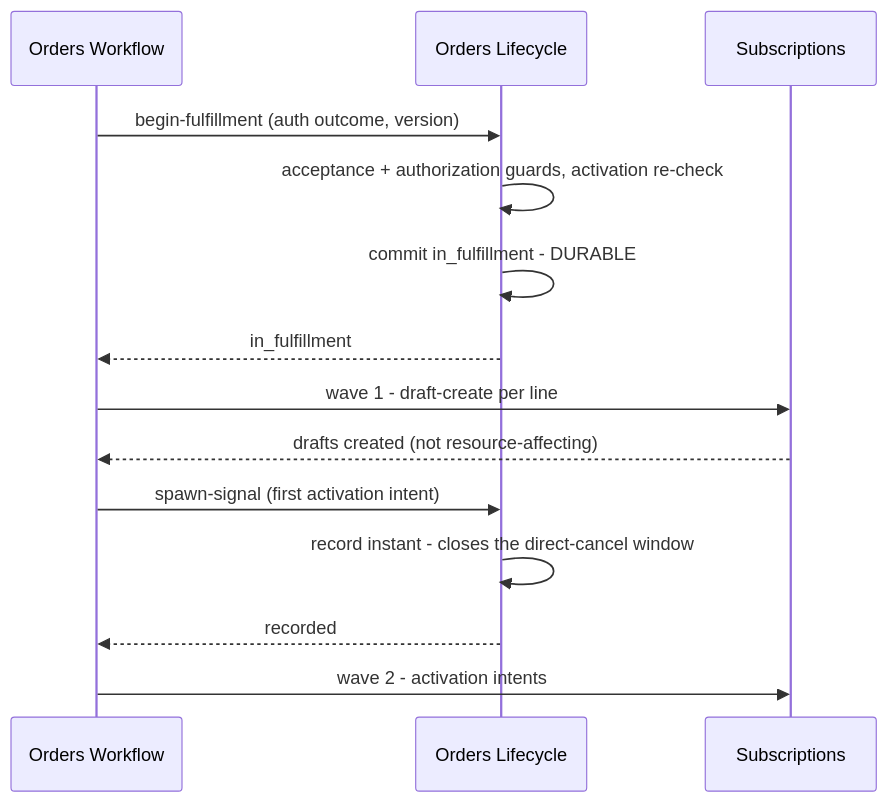
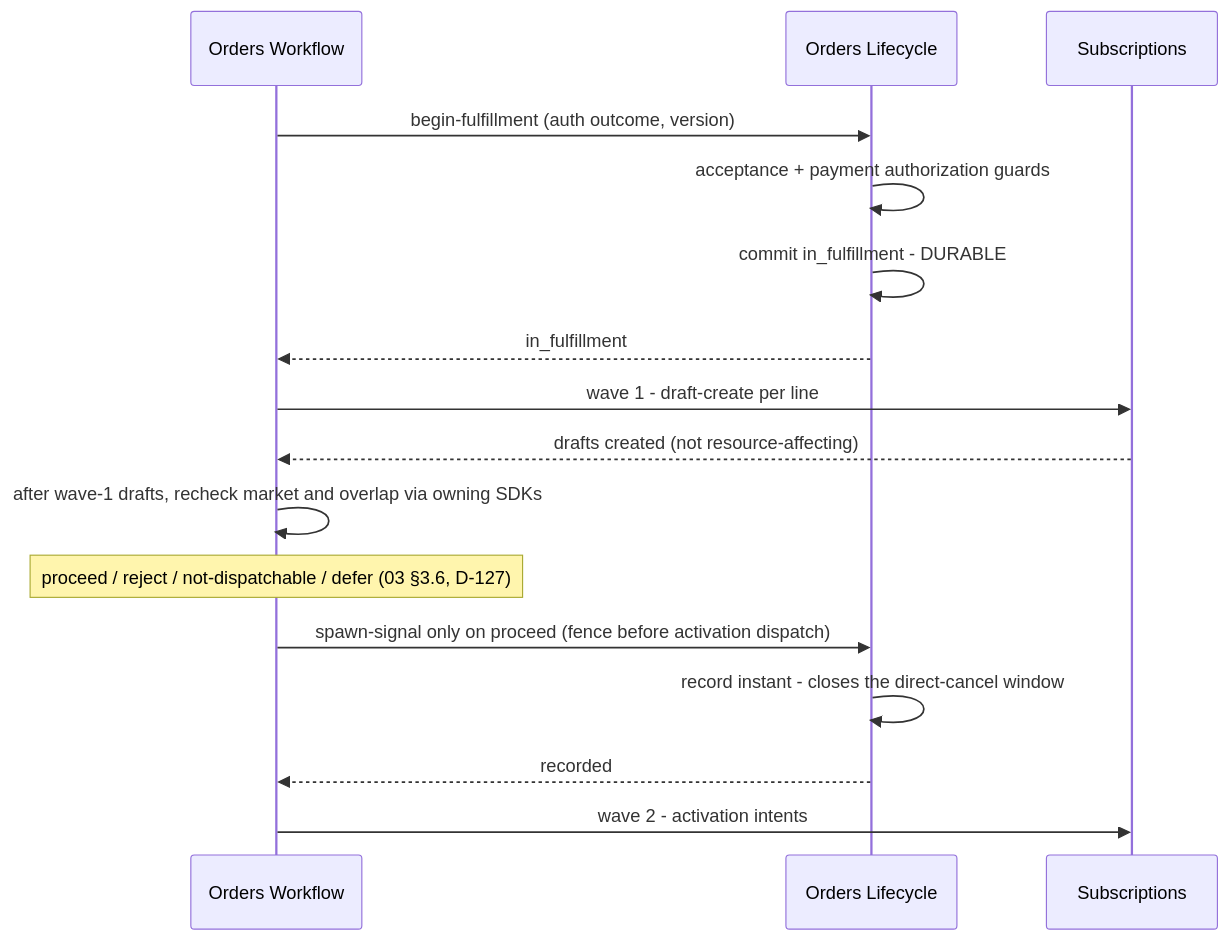
Before and after one commit to constructorfabric/gears-rust: the diagram in gears/bss/orders-lifecycle/docs/design/06-workflow-seam.md, drawn with Mermaid. The commit also changed other lines of this file and 33 other files, not shown here.

````diff
--- a/gears/bss/orders-lifecycle/docs/design/06-workflow-seam.md
+++ b/gears/bss/orders-lifecycle/docs/design/06-workflow-seam.md
@@ -387,16 +408,18 @@
 ```mermaid
 sequenceDiagram
     participant W as Orders Workflow
     participant L as Orders Lifecycle
     participant S as Subscriptions
     W ->> L: begin-fulfillment (auth outcome, version)
-    L ->> L: acceptance + authorization guards, activation re-check
+    L ->> L: acceptance + payment authorization guards
     L ->> L: commit in_fulfillment - DURABLE
     L -->> W: in_fulfillment
     W ->> S: wave 1 - draft-create per line
     S -->> W: drafts created (not resource-affecting)
-    W ->> L: spawn-signal (first activation intent)
+    W ->> W: after wave-1 drafts, recheck market and overlap via owning SDKs
+    Note over W: proceed / reject / not-dispatchable / defer (03 §3.6, D-127)
+    W ->> L: spawn-signal only on proceed (fence before activation dispatch)
     L ->> L: record instant - closes the direct-cancel window
     L -->> W: recorded
     W ->> S: wave 2 - activation intents
 ```
````
